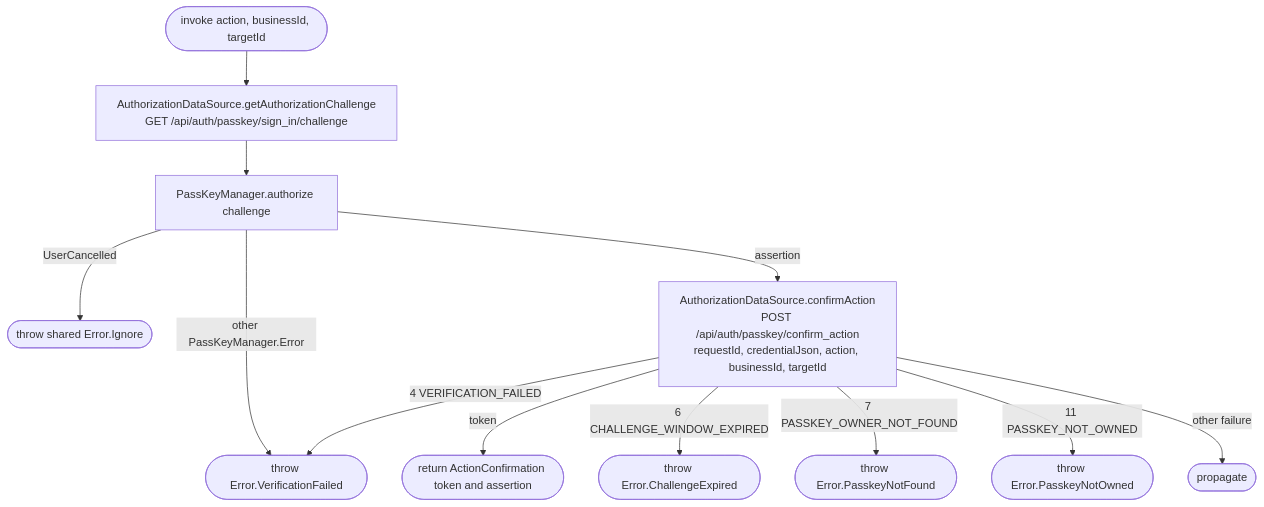
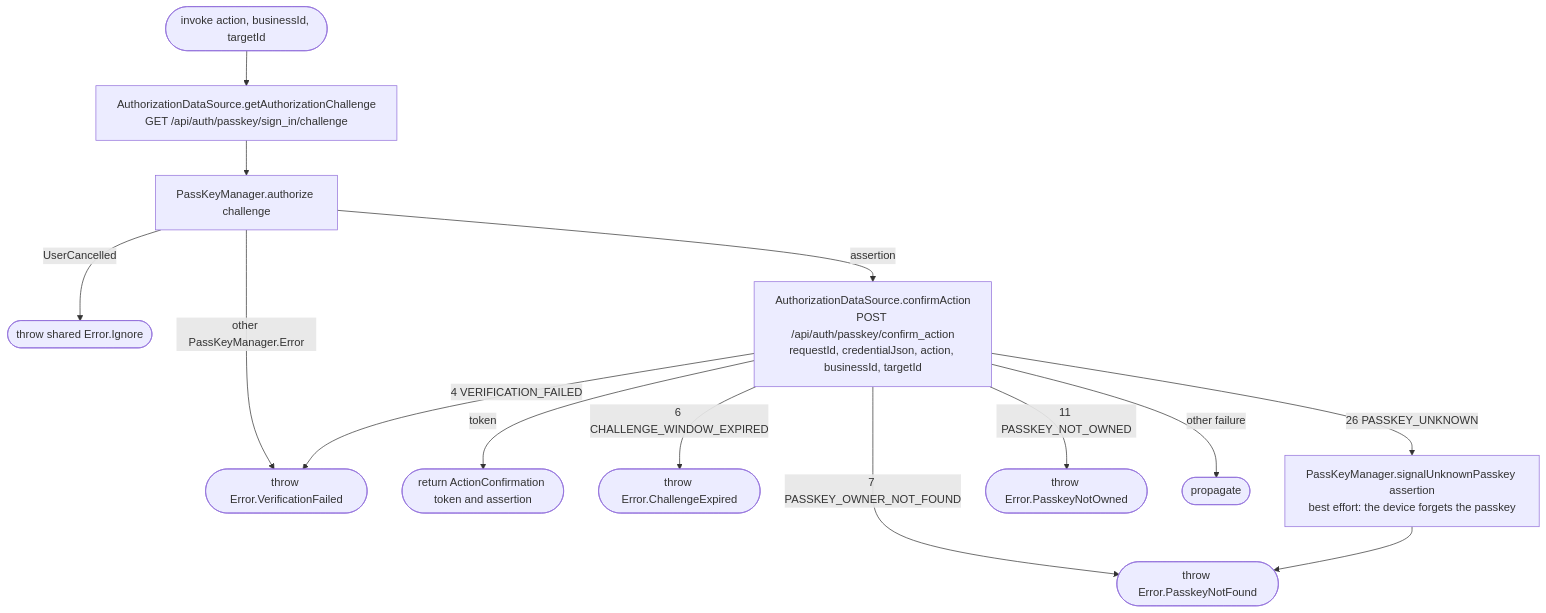
One commit to nocturneproperties/bookkme-client changed the diagram in docs/operations/authorization/confirm-sensitive-action.md. Above: the diagram before and after it, drawn with Mermaid. The commit also changed 27 other files, not shown here.

````diff
--- a/docs/operations/authorization/confirm-sensitive-action.md
+++ b/docs/operations/authorization/confirm-sensitive-action.md
@@ -10,14 +10,16 @@
 ```mermaid
 flowchart TD
     Start([invoke action, businessId, targetId]) --> Ch[AuthorizationDataSource.getAuthorizationChallenge<br/>GET /api/auth/passkey/sign_in/challenge]
     Ch --> PK[PassKeyManager.authorize challenge]
     PK -- UserCancelled --> Ignore([throw shared Error.Ignore])
     PK -- other PassKeyManager.Error --> Failed([throw Error.VerificationFailed])
     PK -- assertion --> Net[AuthorizationDataSource.confirmAction<br/>POST /api/auth/passkey/confirm_action<br/>requestId, credentialJson, action, businessId, targetId]
     Net -- token --> R([return ActionConfirmation token and assertion])
     Net -- 6 CHALLENGE_WINDOW_EXPIRED --> Expired([throw Error.ChallengeExpired])
     Net -- 4 VERIFICATION_FAILED --> Failed
     Net -- 7 PASSKEY_OWNER_NOT_FOUND --> Missing([throw Error.PasskeyNotFound])
+    Net -- 26 PASSKEY_UNKNOWN --> Forget[PassKeyManager.signalUnknownPasskey assertion<br/>best effort: the device forgets the passkey]
+    Forget --> Missing
     Net -- 11 PASSKEY_NOT_OWNED --> Wrong([throw Error.PasskeyNotOwned])
     Net -- other failure --> Other([propagate])
 ```
````
